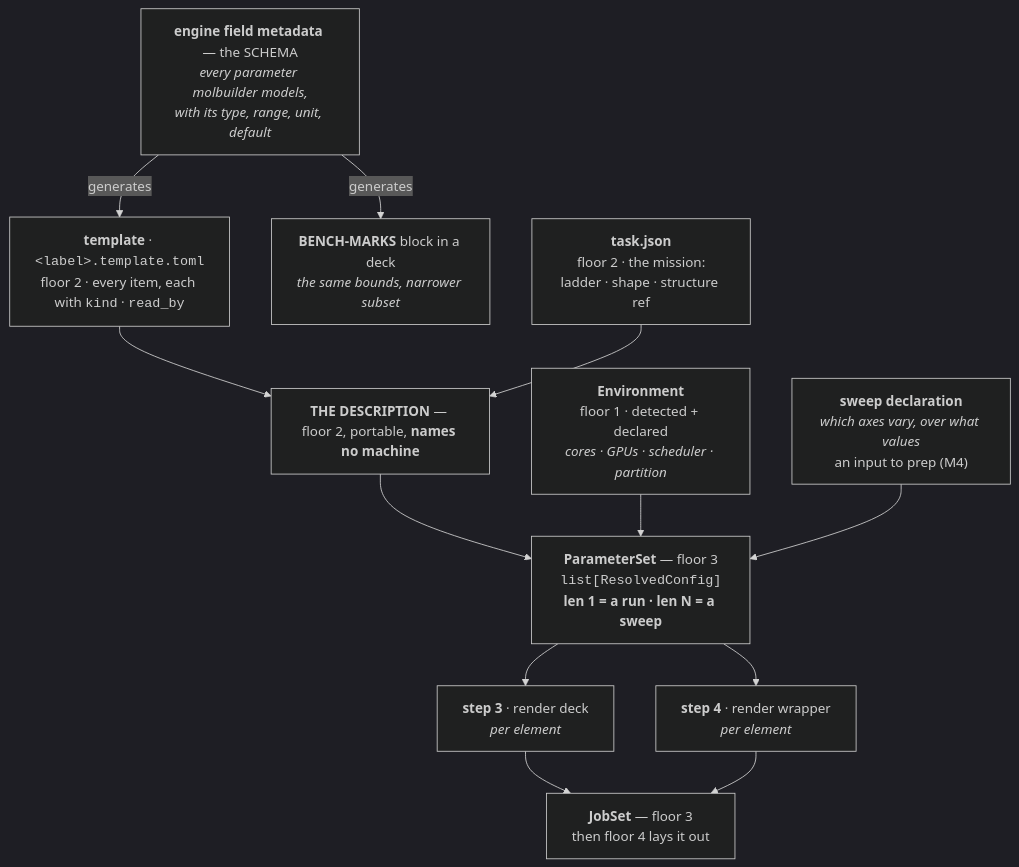
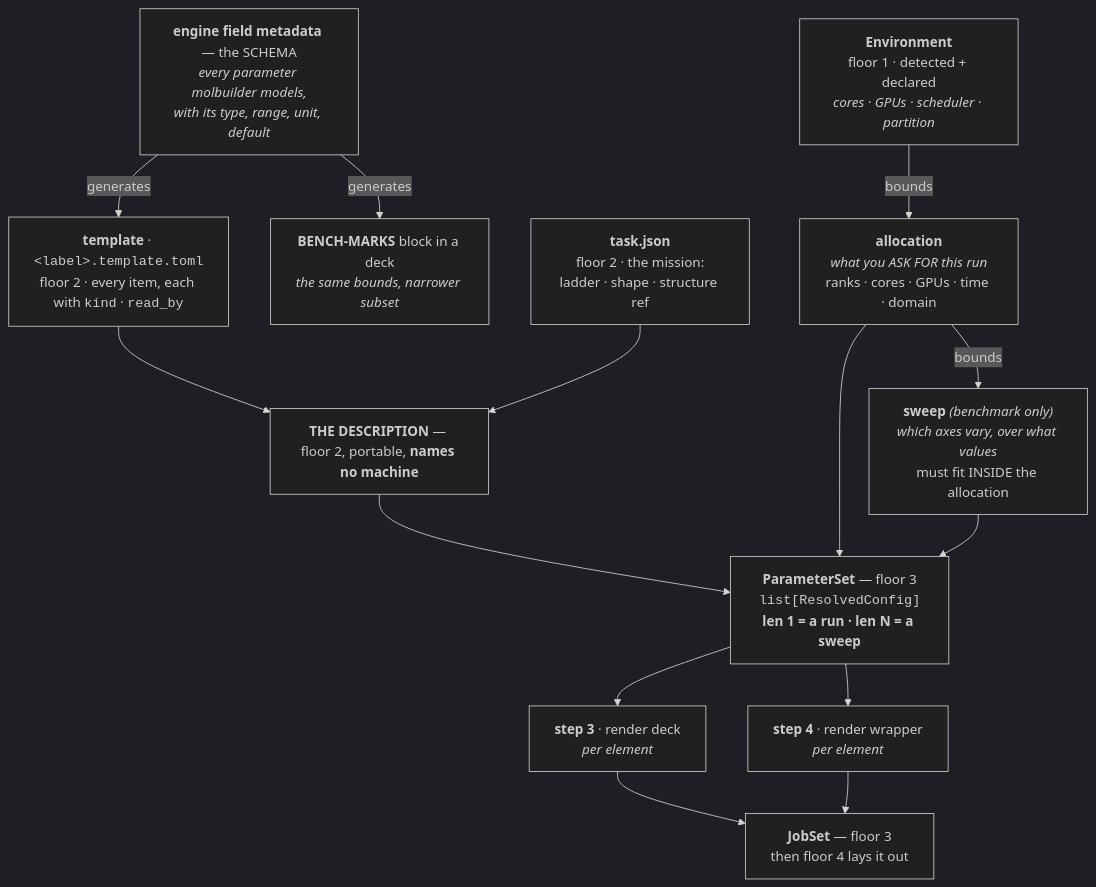
One commit to Qing-LAB/molbuilder changed the first of 2 diagrams in docs/execution/generator.md. Above: the diagram before and after it, drawn with Mermaid (dark theme). The commit also changed other lines of this file and 1 other file, not shown here.

````diff
--- a/docs/execution/generator.md
+++ b/docs/execution/generator.md
@@ -87,26 +87,30 @@
 ```mermaid
 flowchart TB
     S["<b>engine field metadata</b> — the SCHEMA<br/><i>every parameter molbuilder models,<br/>with its type, range, unit, default</i>"]
 
     S -->|generates| T["<b>template</b> · <code>&lt;label&gt;.template.toml</code><br/>floor 2 · every item, each with <code>kind</code> · <code>read_by</code>"]
     S -->|generates| BM["<b>BENCH-MARKS</b> block in a deck<br/><i>the same bounds, narrower subset</i>"]
 
     T --> D
     TK["<b>task.json</b><br/>floor 2 · the mission:<br/>ladder · shape · structure ref"] --> D
 
     D["<b>THE DESCRIPTION</b> — floor 2, portable, <b>names no machine</b>"]
 
     E["<b>Environment</b><br/>floor 1 · detected + declared<br/><i>cores · GPUs · scheduler · partition</i>"]
-    SW["<b>sweep declaration</b><br/><i>which axes vary, over what values</i><br/>an input to prep (M4)"]
+    AL["<b>allocation</b><br/><i>what you ASK FOR this run</i><br/>ranks · cores · GPUs · time · domain"]
+    SW["<b>sweep</b> <i>(benchmark only)</i><br/><i>which axes vary, over what values</i><br/>must fit INSIDE the allocation"]
+
+    E -->|"bounds"| AL
+    AL -->|"bounds"| SW
 
     D --> R
-    E --> R
+    AL --> R
     SW --> R
 
     R["<b>ParameterSet</b> — floor 3<br/><code>list[ResolvedConfig]</code><br/><b>len 1 = a run · len N = a sweep</b>"]
 
     R --> DECK["<b>step 3</b> · render deck<br/><i>per element</i>"]
     R --> WRAP["<b>step 4</b> · render wrapper<br/><i>per element</i>"]
     DECK --> JS["<b>JobSet</b> — floor 3<br/>then floor 4 lays it out"]
     WRAP --> JS
 ```
````
